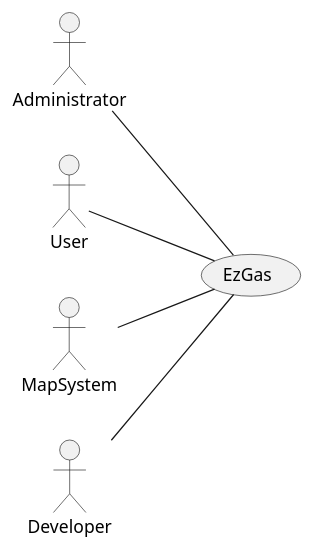
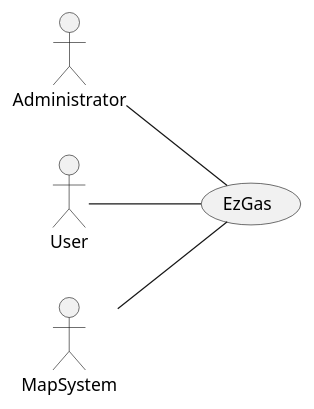
The first of 3 diagrams in Giuseppe/REQ_s280085.md (peppep97/se1), drawn with PlantUML before and after one commit. The commit also changed other lines of this file, not shown here.

````diff
--- a/Giuseppe/REQ_s280085.md
+++ b/Giuseppe/REQ_s280085.md
@@ -59,14 +59,14 @@
 ```plantuml
 left to right direction
 actor Administrator as a
 left to right direction
 actor User as u
 left to right direction
 actor MapSystem as map
-left to right direction
-actor Developer as d
+'left to right direction
+'actor Developer as d
 a -- (EzGas)
 u -- (EzGas)
 map -- (EzGas)
-d -- (EzGas)
+'d -- (EzGas)
 ```
````
